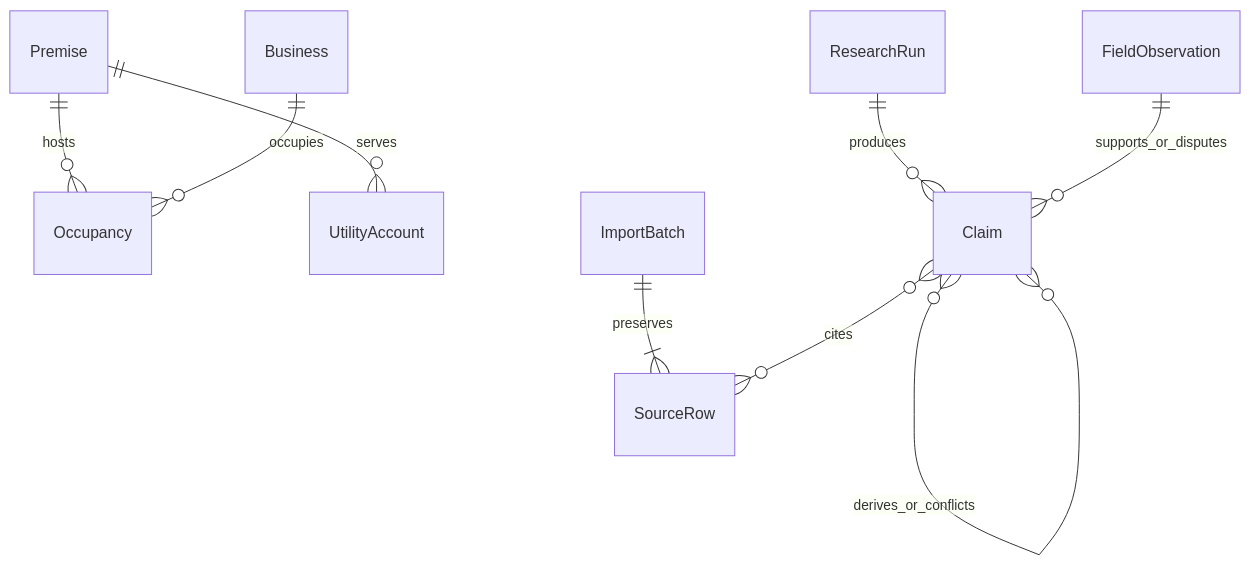
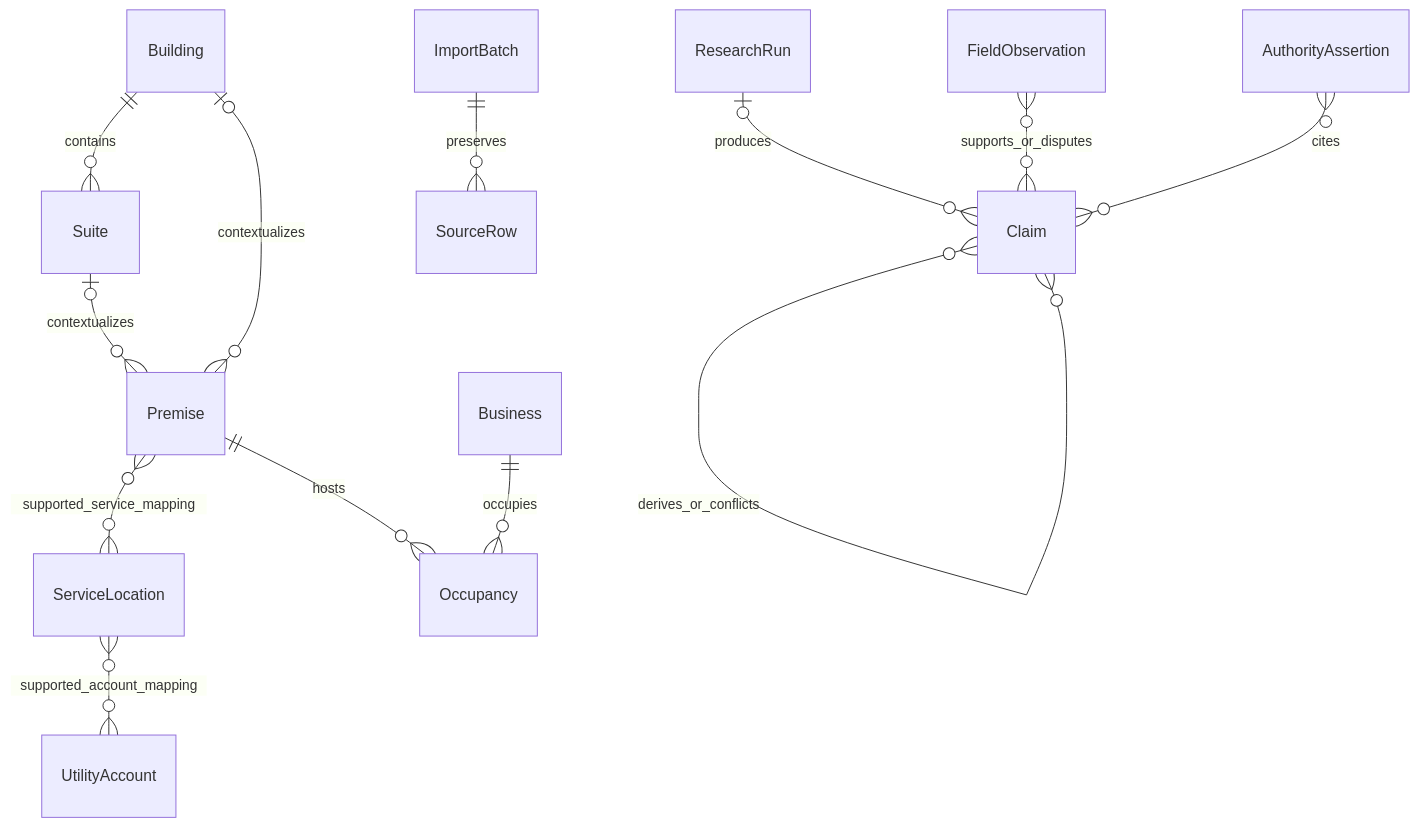
Before and after one commit to sunnymoney10/FieldMind: the diagram in docs/entity-model.md, drawn with Mermaid. The commit also changed other lines of this file and 11 other files, not shown here.

````diff
--- a/docs/entity-model.md
+++ b/docs/entity-model.md
@@ -9,11 +17,15 @@
 ```mermaid
 erDiagram
+  Building ||--o{ Suite : contains
+  Building o|--o{ Premise : contextualizes
+  Suite o|--o{ Premise : contextualizes
+  Premise }o--o{ ServiceLocation : supported_service_mapping
+  ServiceLocation }o--o{ UtilityAccount : supported_account_mapping
+  Business ||--o{ Occupancy : occupies
   Premise ||--o{ Occupancy : hosts
-  Business ||--o{ Occupancy : occupies
-  Premise ||--o{ UtilityAccount : serves
-  ImportBatch ||--|{ SourceRow : preserves
-  ResearchRun ||--o{ Claim : produces
-  FieldObservation ||--o{ Claim : supports_or_disputes
-  Claim }o--o{ SourceRow : cites
+  ImportBatch ||--o{ SourceRow : preserves
+  ResearchRun o|--o{ Claim : produces
+  FieldObservation }o--o{ Claim : supports_or_disputes
   Claim }o--o{ Claim : derives_or_conflicts
+  AuthorityAssertion }o--o{ Claim : cites
 ```
````
